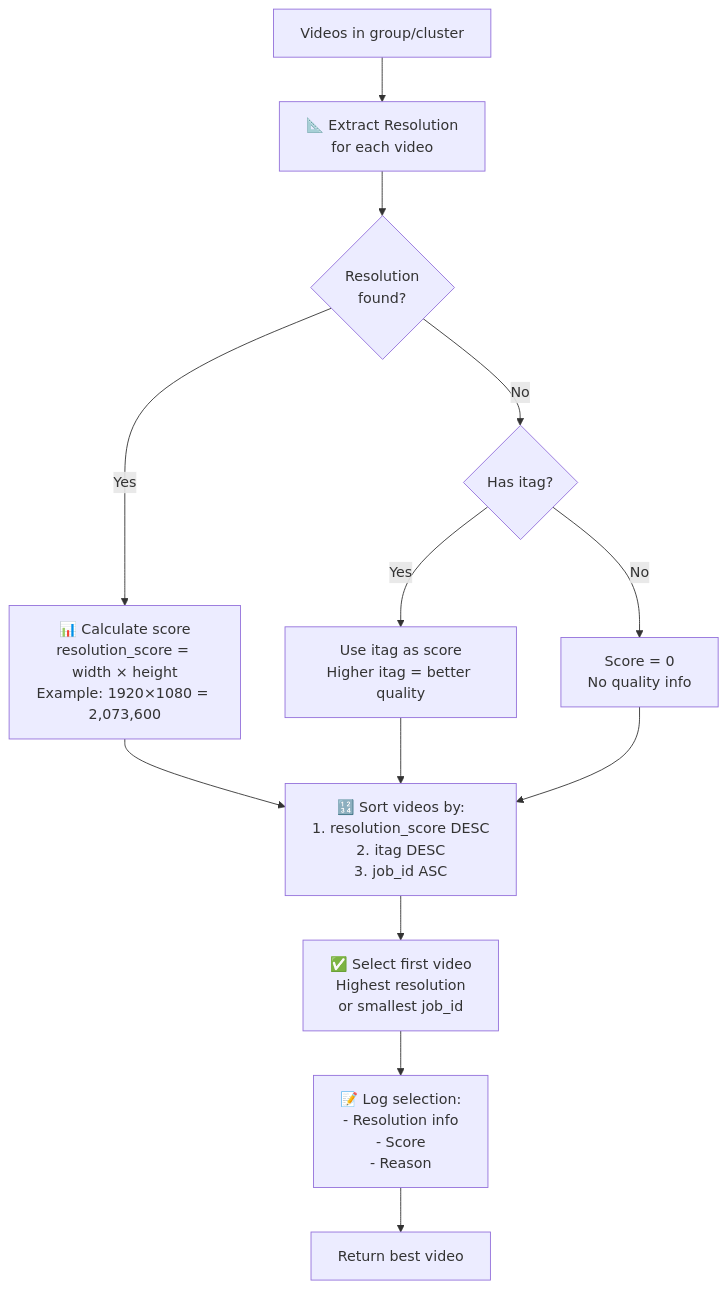
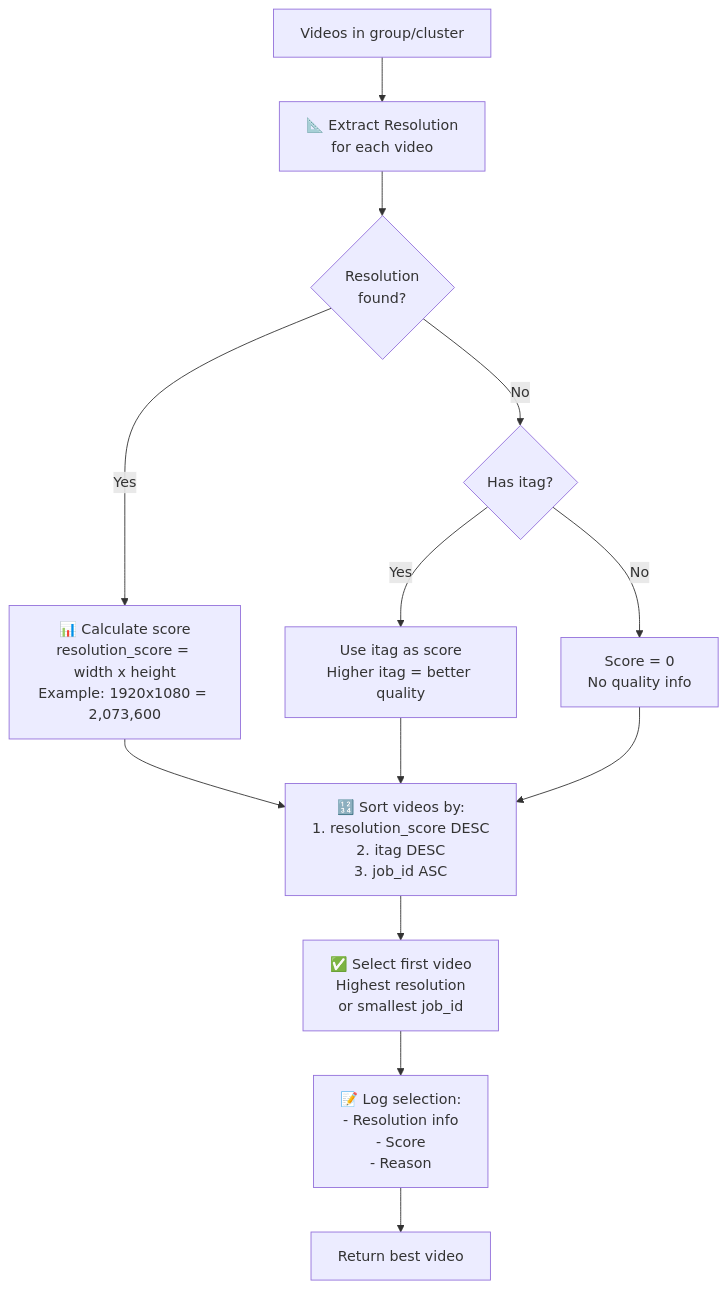
One commit to quanmbl4255142/check_tvc_update_zilliz changed the tenth of 10 diagrams in flowchart_duplicate_filtering.md. Above: the diagram before and after it, drawn with Mermaid. The commit also changed other lines of this file, not shown here.

Commit message:
update error flow

````diff
--- a/flowchart_duplicate_filtering.md
+++ b/flowchart_duplicate_filtering.md
@@ -612,23 +612,23 @@
 ```mermaid
 flowchart TD
     Start[Videos in group/cluster] --> ExtractRes[📐 Extract Resolution<br/>for each video]
     
     ExtractRes --> CheckRes{Resolution<br/>found?}
     
-    CheckRes -->|Yes| CalcScore[📊 Calculate score<br/>resolution_score = width × height<br/>Example: 1920×1080 = 2,073,600]
+    CheckRes -->|Yes| CalcScore["📊 Calculate score<br/>resolution_score = width x height<br/>Example: 1920x1080 = 2,073,600"]
     CheckRes -->|No| CheckItag{Has itag?}
     
     CheckItag -->|Yes| UseItag[Use itag as score<br/>Higher itag = better quality]
     CheckItag -->|No| ScoreZero[Score = 0<br/>No quality info]
     
     CalcScore --> Sort[🔢 Sort videos by:<br/>1. resolution_score DESC<br/>2. itag DESC<br/>3. job_id ASC]
     
     UseItag --> Sort
     ScoreZero --> Sort
     
     Sort --> Select[✅ Select first video<br/>Highest resolution<br/>or smallest job_id]
     
     Select --> Log[📝 Log selection:<br/>- Resolution info<br/>- Score<br/>- Reason]
     
     Log --> End[Return best video]
 ```
````
